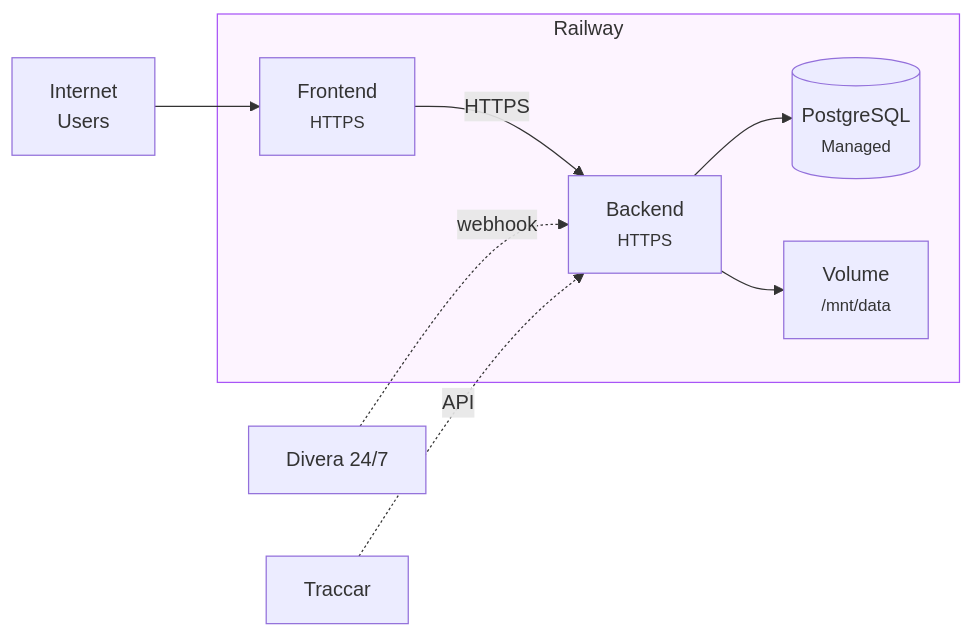
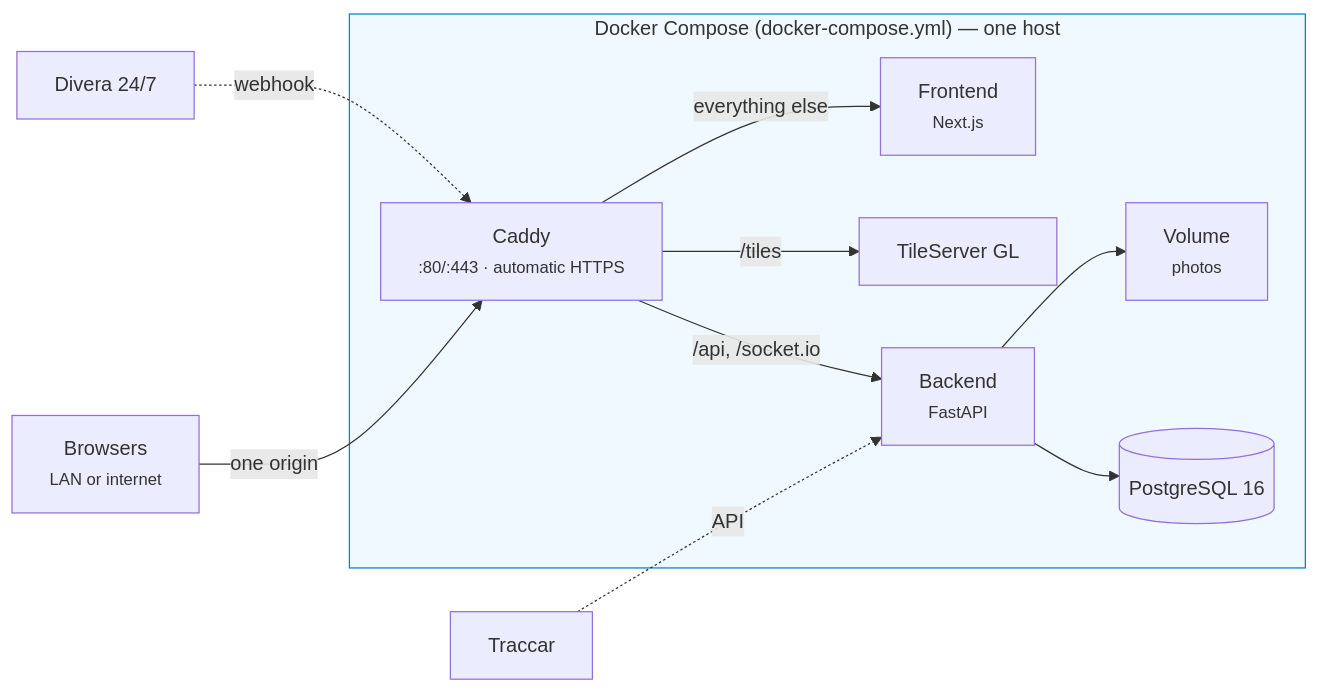
The fourth of 10 diagrams in docs/ARCHITECTURE.md (feuerwehr-oberwil/kp-rueck), drawn with Mermaid before and after one commit. The commit also changed other lines of this file and 19 other files, not shown here.

````diff
--- a/docs/ARCHITECTURE.md
+++ b/docs/ARCHITECTURE.md
@@ -213,19 +217,23 @@
 ```mermaid
 graph LR
-    subgraph railway["Railway"]
-        fe_prod["Frontend<br/><small>HTTPS</small>"]
-        be_prod["Backend<br/><small>HTTPS</small>"]
-        db_prod[("PostgreSQL<br/><small>Managed</small>")]
-        vol["Volume<br/><small>/mnt/data</small>"]
+    subgraph host["Docker Compose (docker-compose.yml) — one host"]
+        caddy["Caddy<br/><small>:80/:443 · automatic HTTPS</small>"]
+        fe_prod["Frontend<br/><small>Next.js</small>"]
+        be_prod["Backend<br/><small>FastAPI</small>"]
+        db_prod[("PostgreSQL 16")]
+        tiles_prod["TileServer GL"]
+        vol["Volume<br/><small>photos</small>"]
     end
 
-    internet["Internet<br/>Users"] --> fe_prod
-    fe_prod -->|HTTPS| be_prod
+    users["Browsers<br/><small>LAN or internet</small>"] -->|one origin| caddy
+    caddy -->|"/api, /socket.io"| be_prod
+    caddy -->|"/tiles"| tiles_prod
+    caddy -->|"everything else"| fe_prod
     be_prod --> db_prod
     be_prod --> vol
 
-    divera["Divera 24/7"] -.->|webhook| be_prod
+    divera["Divera 24/7"] -.->|webhook| caddy
     traccar["Traccar"] -.->|API| be_prod
 
-    style railway fill:#fdf4ff,stroke:#a855f7
+    style host fill:#f0f9ff,stroke:#0284c7
 ```
````
